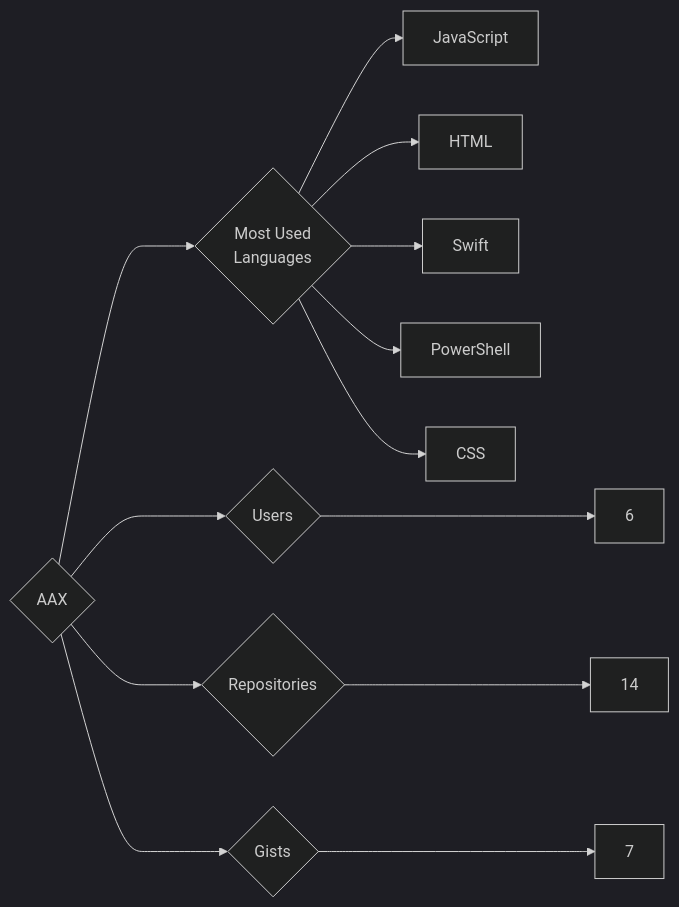
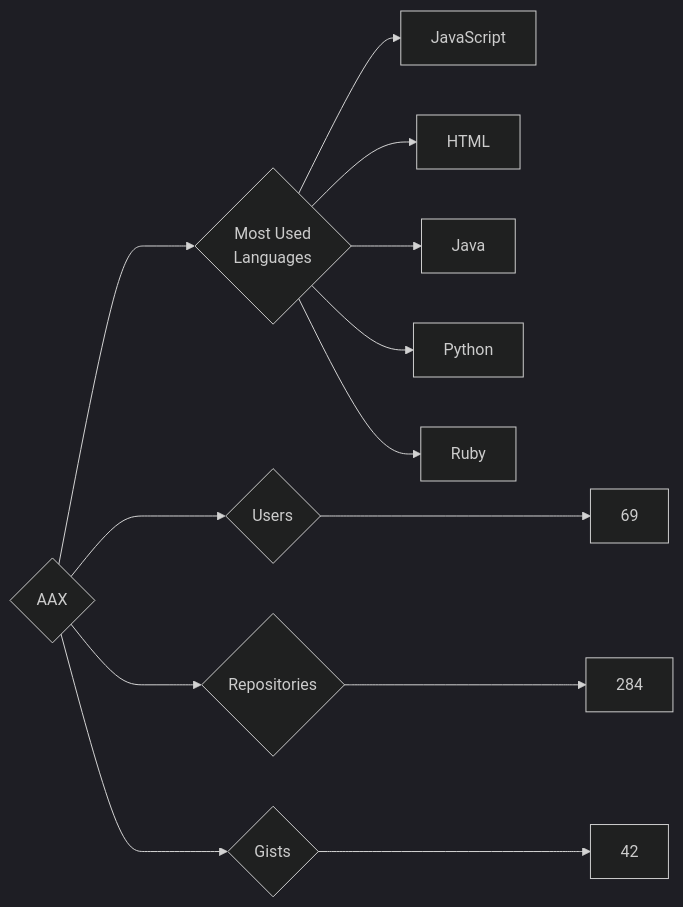
The diagram in targets/AAX/README.md (trickest/insiders), drawn with Mermaid (dark theme) before and after one commit. The commit also changed 724 other files, not shown here.

````diff
--- a/targets/AAX/README.md
+++ b/targets/AAX/README.md
@@ -3,13 +3,13 @@
 ```mermaid
 graph LR
 COMPANY_NAME{AAX}
-COMPANY_NAME ---> U{Users} ---> UN[6]
-COMPANY_NAME ---> R{Repositories} ---> RN[14]
-COMPANY_NAME ---> G{Gists} ---> GN[7]
+COMPANY_NAME ---> U{Users} ---> UN[69]
+COMPANY_NAME ---> R{Repositories} ---> RN[284]
+COMPANY_NAME ---> G{Gists} ---> GN[42]
 COMPANY_NAME ---> ML{Most Used<br>Languages}
 ML --> JavaScript[JavaScript]
 ML --> HTML[HTML]
-ML --> Swift[Swift]
-ML --> PowerShell[PowerShell]
-ML --> CSS[CSS]
+ML --> Java[Java]
+ML --> Python[Python]
+ML --> Ruby[Ruby]
 ```
````
